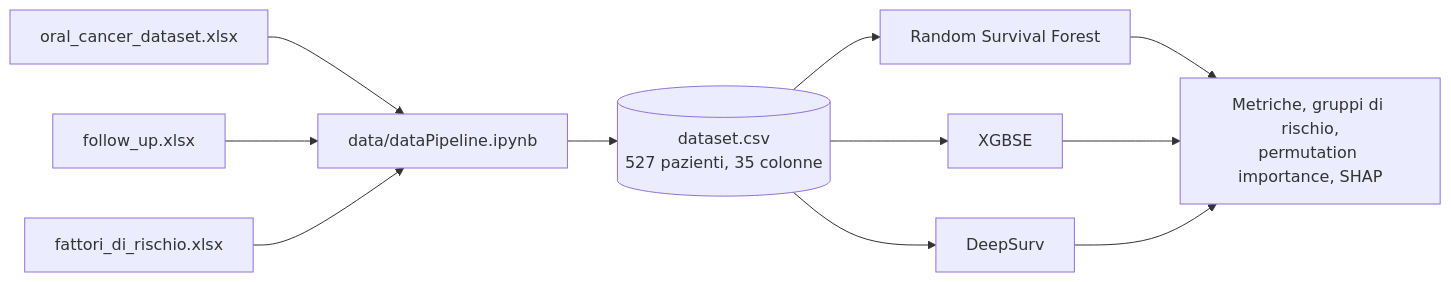
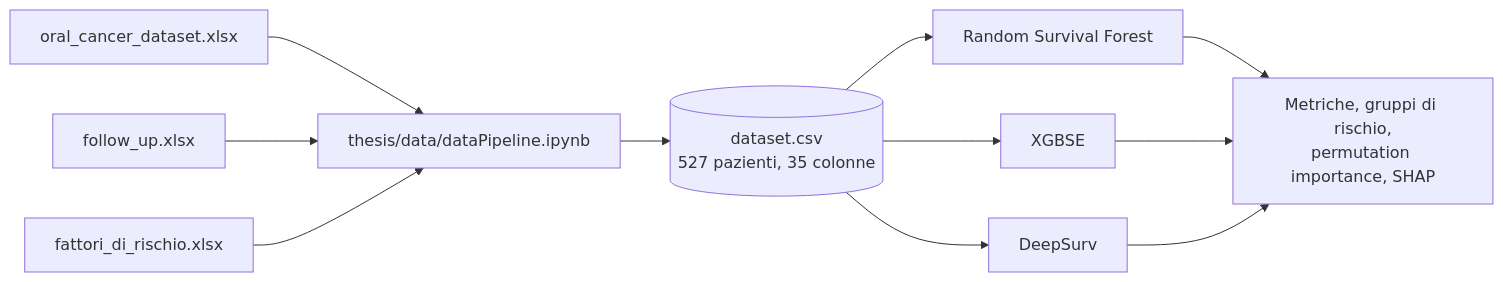
Before and after one commit to NicoloAmato/SurvivalML: the diagram in README.it.md, drawn with Mermaid. The commit also changed other lines of this file and 26 other files, not shown here.

````diff
--- a/README.it.md
+++ b/README.it.md
@@ -26,13 +26,13 @@
 ```mermaid
 flowchart LR
-    A["oral_cancer_dataset.xlsx"] --> P["data/dataPipeline.ipynb"]
+    A["oral_cancer_dataset.xlsx"] --> P["thesis/data/dataPipeline.ipynb"]
     B["follow_up.xlsx"] --> P
     C["fattori_di_rischio.xlsx"] --> P
     P --> D[("dataset.csv<br/>527 pazienti, 35 colonne")]
     D --> R["Random Survival Forest"]
     D --> X["XGBSE"]
     D --> S["DeepSurv"]
     R --> E["Metriche, gruppi di rischio,<br/>permutation importance, SHAP"]
     X --> E
     S --> E
 ```
````
